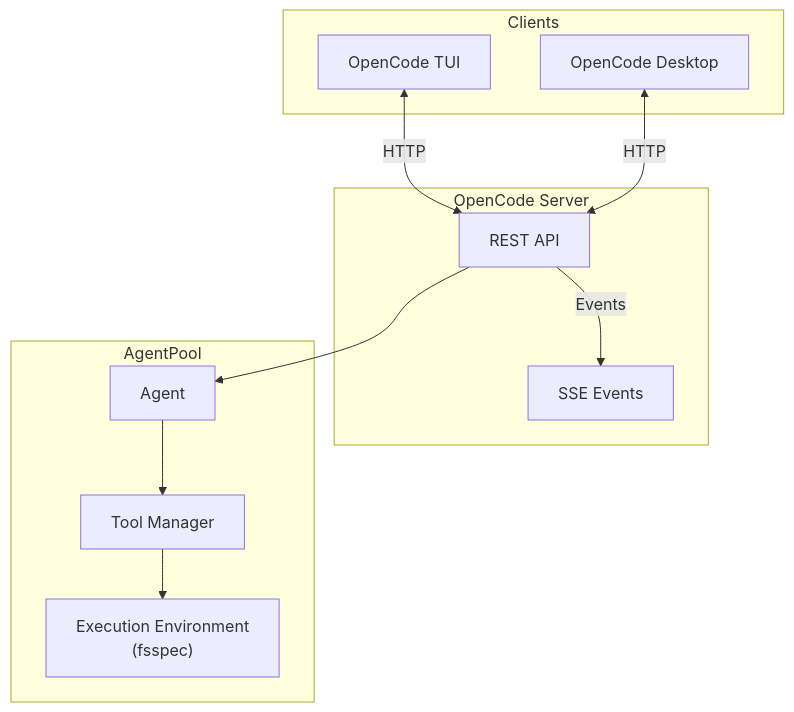
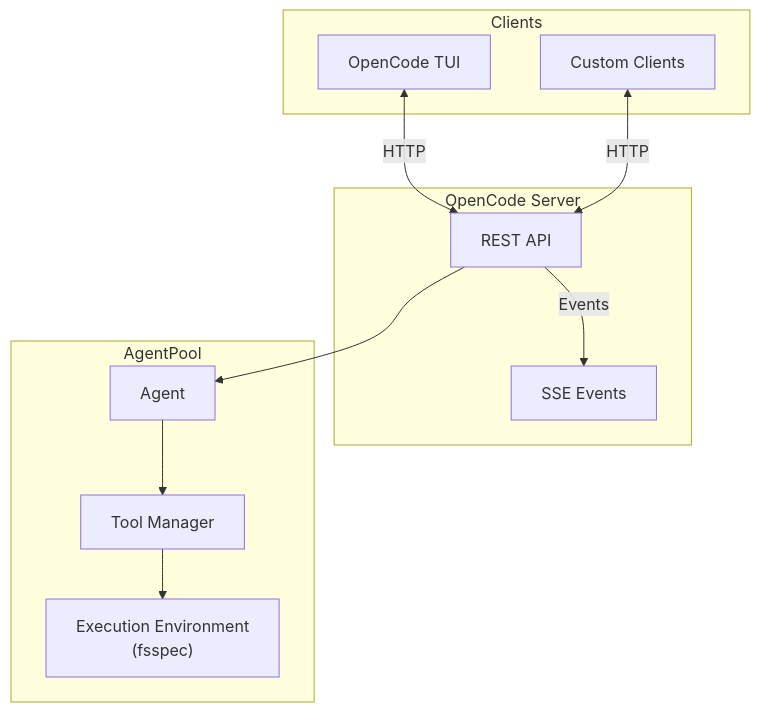
The diagram in docs/servers/opencode-server.md (phil65/llmling-agent), drawn with Mermaid before and after one commit. The commit also changed other lines of this file, not shown here.

````diff
--- a/docs/servers/opencode-server.md
+++ b/docs/servers/opencode-server.md
@@ -60,25 +67,25 @@
 ```mermaid
 graph TB
     subgraph Clients
         TUI["OpenCode TUI"]
-        Desktop["OpenCode Desktop"]
+        Custom["Custom Clients"]
     end
     
     subgraph Server["OpenCode Server"]
         REST["REST API"]
         SSE["SSE Events"]
     end
     
     subgraph AgentPool
         Agent["Agent"]
         Tools["Tool Manager"]
         Env["Execution Environment<br/>(fsspec)"]
     end
     
     TUI <-->|HTTP| REST
-    Desktop <-->|HTTP| REST
+    Custom <-->|HTTP| REST
     REST -->|Events| SSE
     REST --> Agent
     Agent --> Tools
     Tools --> Env
 ```
````
